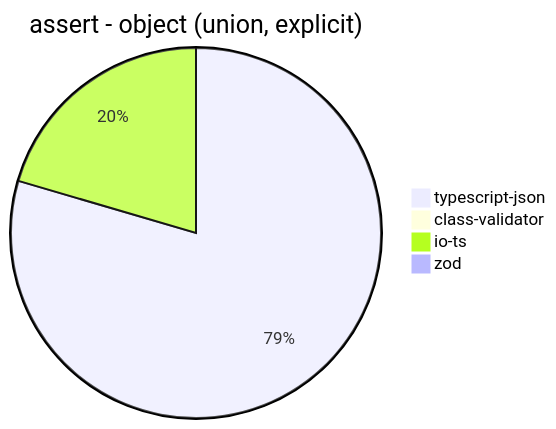
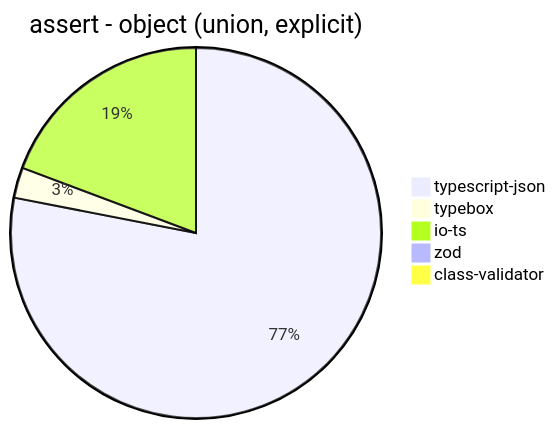
Diagram 11 of 39 in benchmark/results/11th Gen Intel(R) Core(TM) i5-1135G7 @ 2.40GHz.md (samchon/typia), drawn with Mermaid before and after one commit. The commit also changed other lines of this file and 16 other files, not shown here.

````diff
--- a/benchmark/results/11th Gen Intel(R) Core(TM) i5-1135G7 @ 2.40GHz.md
+++ b/benchmark/results/11th Gen Intel(R) Core(TM) i5-1135G7 @ 2.40GHz.md
@@ -136,7 +146,8 @@
 ```mermaid
 pie title assert - object (union, explicit)
-  "typescript-json": 4357.40878629933
-  "class-validator": 17.024426350851222
-  "io-ts": 1120.6558545713776
-  "zod": 34.03777819337946
+  "typescript-json": 4403.040415276233
+  "typebox": 149.78786201807785
+  "io-ts": 1087.713004484305
+  "zod": 33.771106941838646
+  "class-validator": 16.299314687905166
 ```
````
